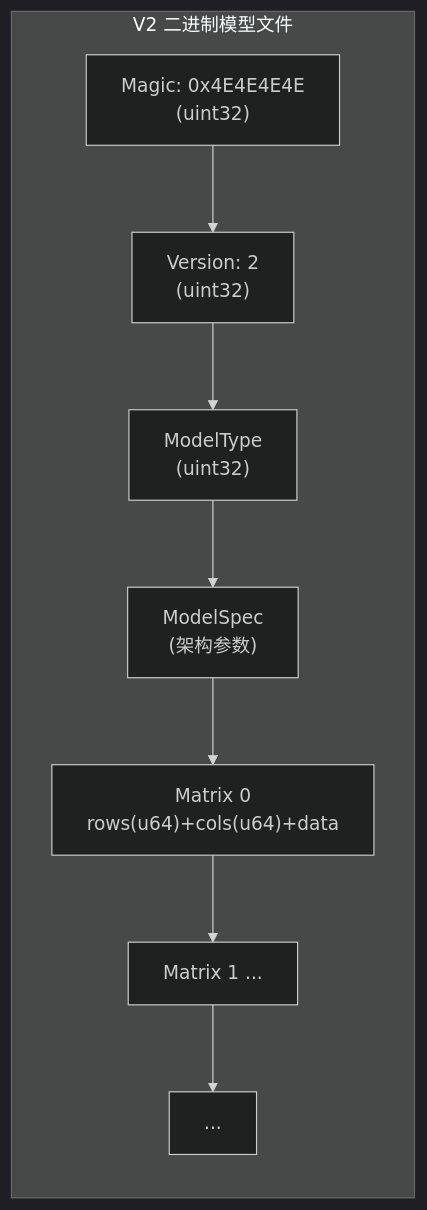
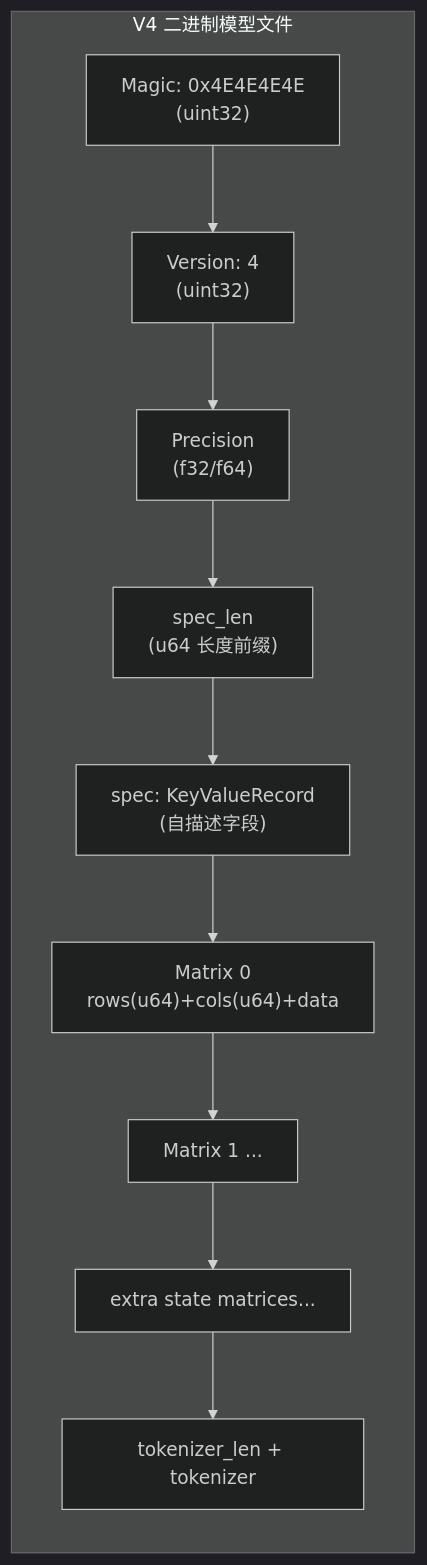
Before and after one commit to EthanPeng-2048/neuralnet.cpp: the tenth of 13 diagrams in docs/ARCHITECTURE.md, drawn with Mermaid (dark theme). The commit also changed other lines of this file and 18 other files, not shown here.

````diff
--- a/docs/ARCHITECTURE.md
+++ b/docs/ARCHITECTURE.md
@@ -364,11 +364,13 @@
 ```mermaid
 flowchart LR
-    subgraph "V2 二进制模型文件"
-        A["Magic: 0x4E4E4E4E<br/>(uint32)"] --> B["Version: 2<br/>(uint32)"]
-        B --> C["ModelType<br/>(uint32)"]
-        C --> D["ModelSpec<br/>(架构参数)"]
+    subgraph "V4 二进制模型文件"
+        A["Magic: 0x4E4E4E4E<br/>(uint32)"] --> B["Version: 4<br/>(uint32)"]
+        B --> B2["Precision<br/>(f32/f64)"]
+        B2 --> C["spec_len<br/>(u64 长度前缀)"]
+        C --> D["spec: KeyValueRecord<br/>(自描述字段)"]
         D --> E["Matrix 0<br/>rows(u64)+cols(u64)+data"]
         E --> F["Matrix 1 ..."]
-        F --> G["..."]
+        F --> G["extra state matrices..."]
+        G --> H["tokenizer_len + tokenizer"]
     end
 ```
````
